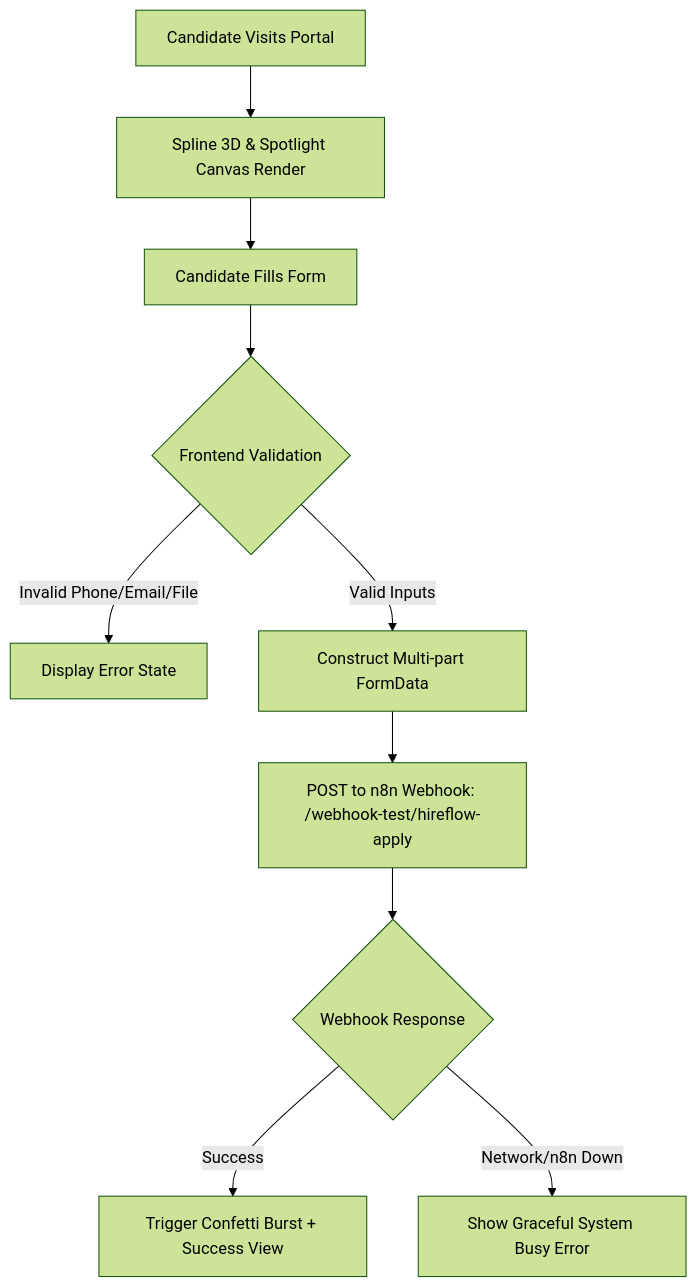
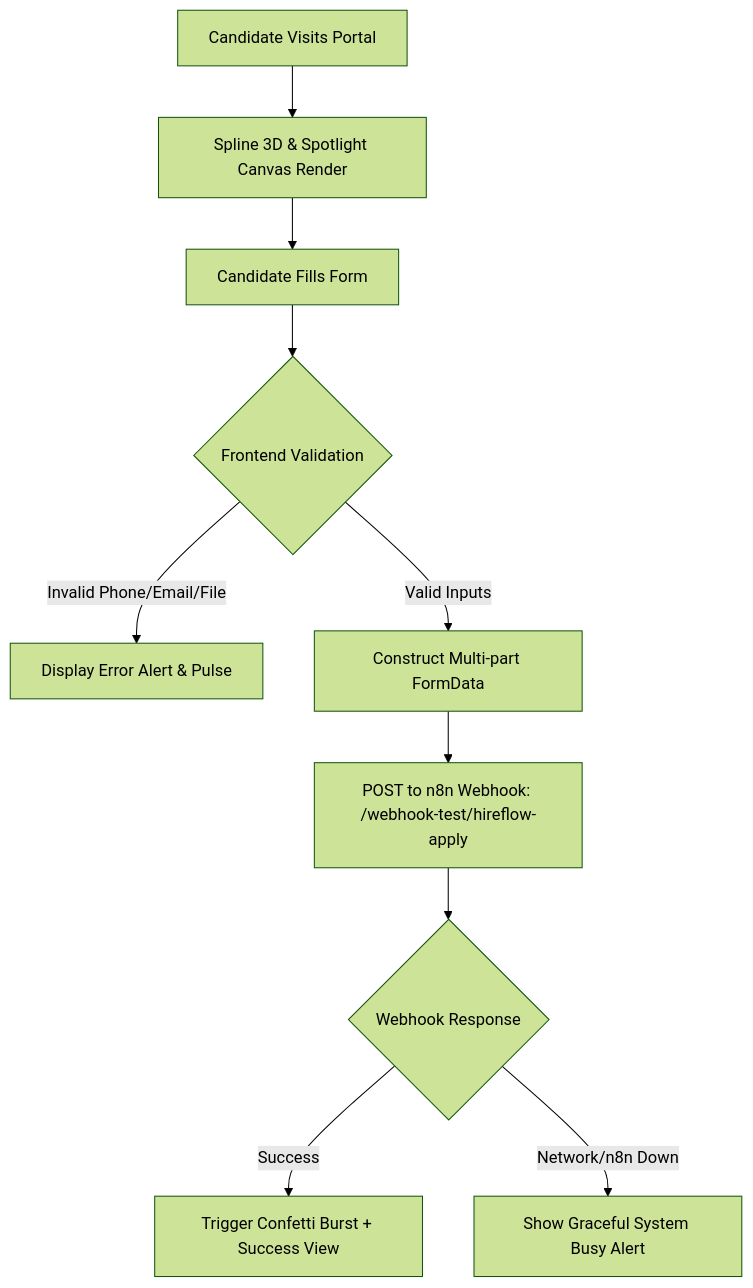
The diagram in build.md (swarajshelke12/HIREFLOW_ATS), drawn with Mermaid (forest theme) before and after one commit. The commit also changed other lines of this file, not shown here.

````diff
--- a/build.md
+++ b/build.md
@@ -20,12 +20,12 @@
 ```mermaid
 flowchart TD
     A[Candidate Visits Portal] --> B[Spline 3D & Spotlight Canvas Render]
     B --> C[Candidate Fills Form]
     C --> D{Frontend Validation}
-    D -- Invalid Phone/Email/File --> E[Display Error State]
+    D -- Invalid Phone/Email/File --> E[Display Error Alert & Pulse]
     D -- Valid Inputs --> F[Construct Multi-part FormData]
     F --> G[POST to n8n Webhook: /webhook-test/hireflow-apply]
     G --> H{Webhook Response}
     H -- Success --> I[Trigger Confetti Burst + Success View]
-    H -- Network/n8n Down --> J[Show Graceful System Busy Error]
+    H -- Network/n8n Down --> J[Show Graceful System Busy Alert]
 ```
````
